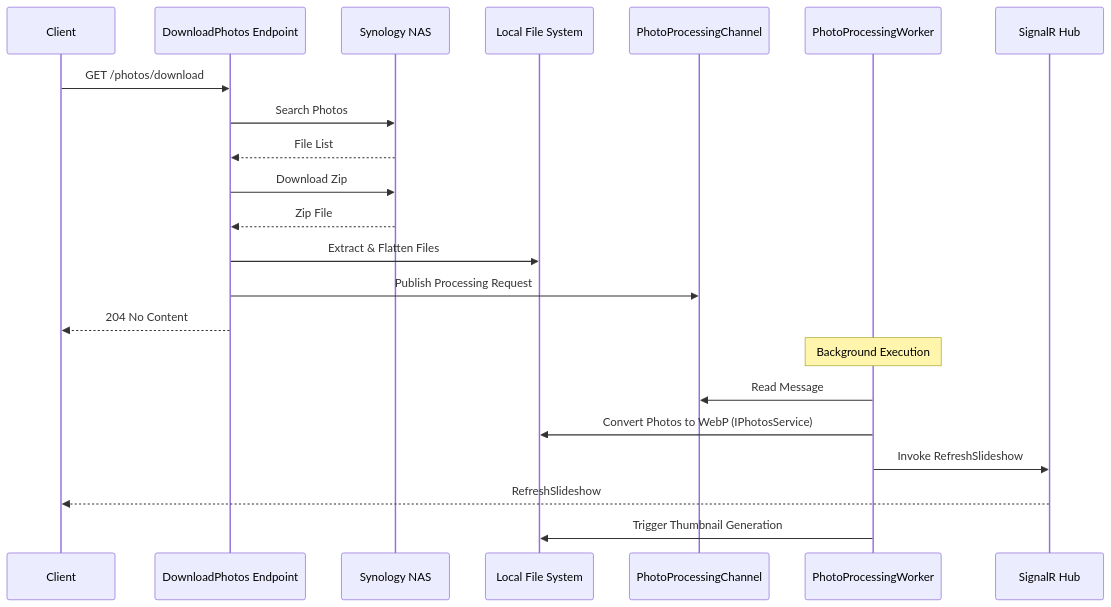
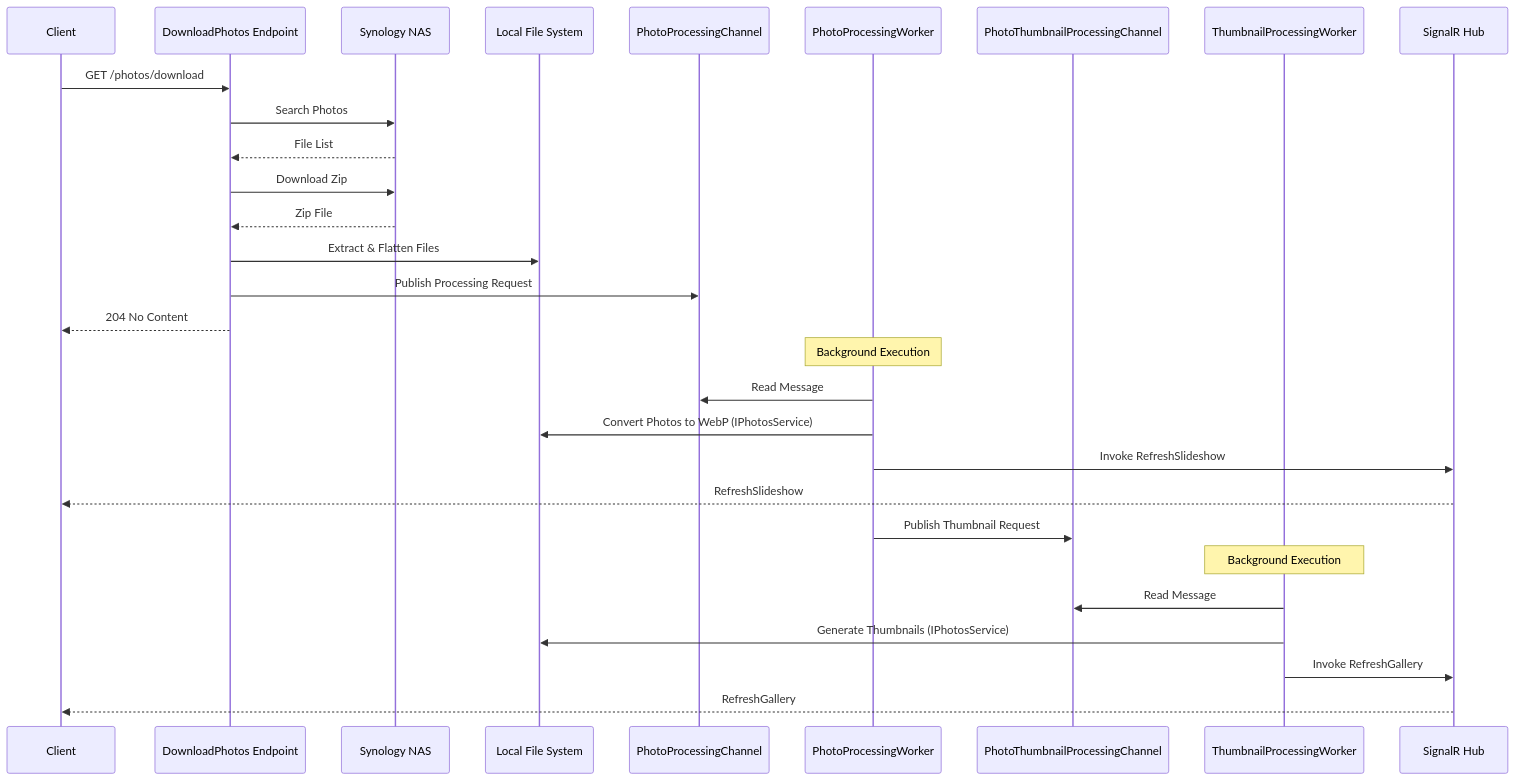
The second of 6 diagrams in docs/architecture.md (esausilva/synology-photos-slideshow-api), drawn with Mermaid before and after one commit.

Commit message:
Update Download Photos Call Flow in Architecture Diagram
- Add PhotoThumbnailProcessingChannel and ThumbnailProcessingWorker to participants

- Show the correct thumbnail generation publishing step

- Include background execution for ThumbnailProcessingWorker and the subsequent SignalR RefreshGallery notification

````diff
--- a/docs/architecture.md
+++ b/docs/architecture.md
@@ -55,26 +55,34 @@
 ```mermaid
 sequenceDiagram
     participant Client
     participant EP as DownloadPhotos Endpoint
     participant NAS as Synology NAS
     participant FS as Local File System
     participant Ch as PhotoProcessingChannel
     participant Worker as PhotoProcessingWorker
+    participant ThumbCh as PhotoThumbnailProcessingChannel
+    participant ThumbWorker as ThumbnailProcessingWorker
     participant Sig as SignalR Hub
 
     Client->>EP: GET /photos/download
     EP->>NAS: Search Photos
     NAS-->>EP: File List
     EP->>NAS: Download Zip
     NAS-->>EP: Zip File
     EP->>FS: Extract & Flatten Files
     EP->>Ch: Publish Processing Request
     EP-->>Client: 204 No Content
     
     Note over Worker: Background Execution
     Worker->>Ch: Read Message
     Worker->>FS: Convert Photos to WebP (IPhotosService)
     Worker->>Sig: Invoke RefreshSlideshow
     Sig-->>Client: RefreshSlideshow
-    Worker->>FS: Trigger Thumbnail Generation
+    Worker->>ThumbCh: Publish Thumbnail Request
+    
+    Note over ThumbWorker: Background Execution
+    ThumbWorker->>ThumbCh: Read Message
+    ThumbWorker->>FS: Generate Thumbnails (IPhotosService)
+    ThumbWorker->>Sig: Invoke RefreshGallery
+    Sig-->>Client: RefreshGallery
 ```
````
